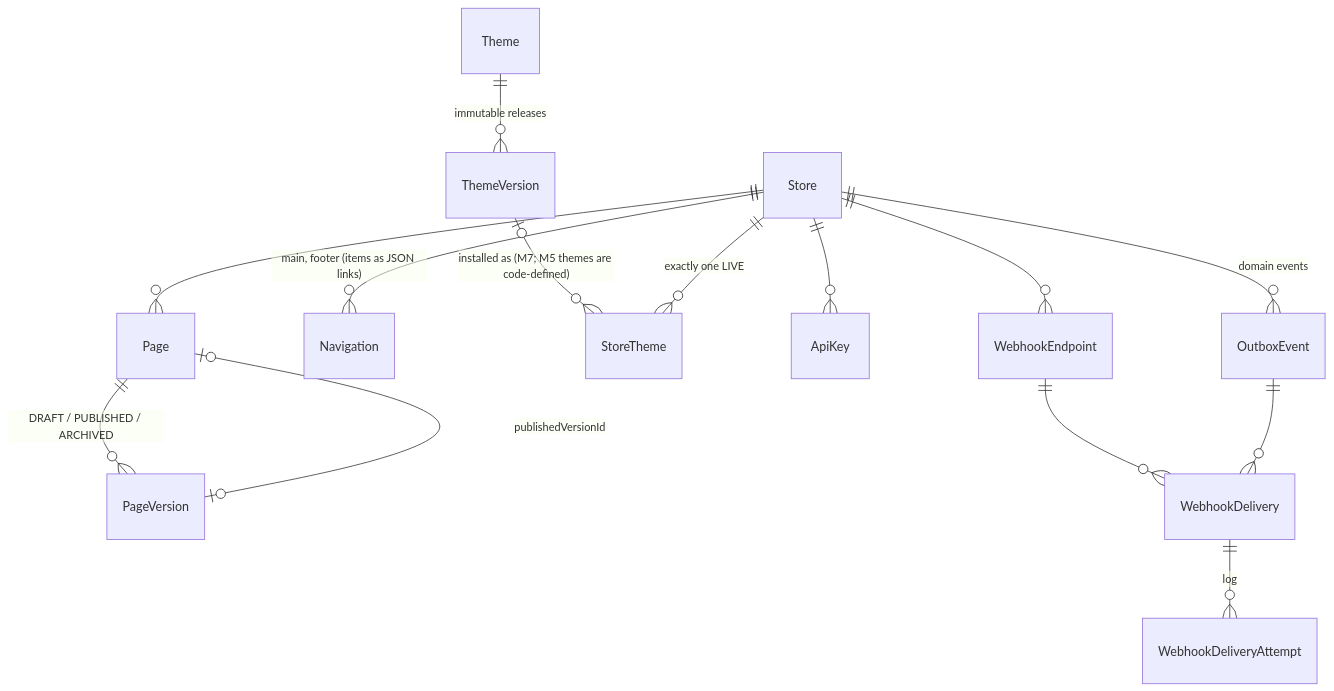
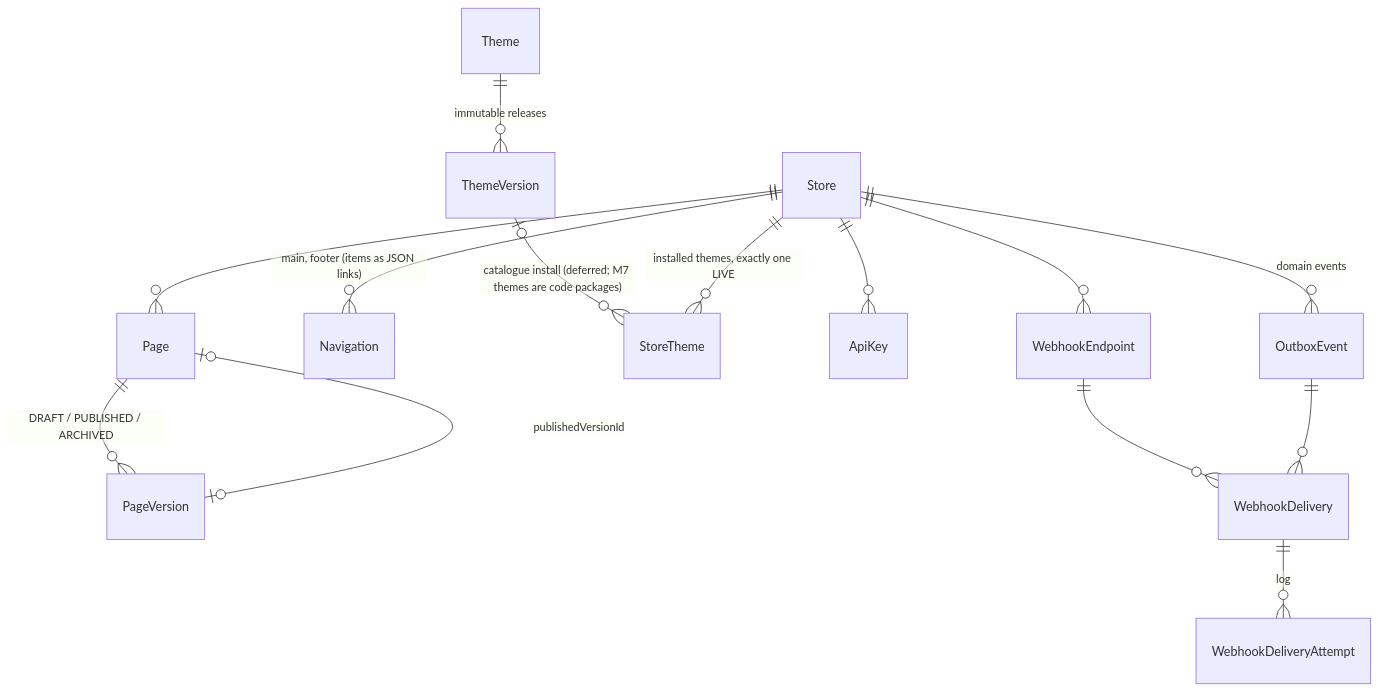
One commit to pixfortech/storevia changed the fifth of 5 diagrams in docs/database/erd.md. Above: the diagram before and after it, drawn with Mermaid. The commit also changed other lines of this file and 29 other files, not shown here.

First line of the commit message:
feat(themes): first-party theme packages, Boutique, install/preview/publish/switch

````diff
--- a/docs/database/erd.md
+++ b/docs/database/erd.md
@@ -189,16 +189,16 @@
 ```mermaid
 erDiagram
   Store ||--o{ Page : ""
   Page ||--o{ PageVersion : "DRAFT / PUBLISHED / ARCHIVED"
   Page |o--o| PageVersion : "publishedVersionId"
   Store ||--o{ Navigation : "main, footer (items as JSON links)"
   Theme ||--o{ ThemeVersion : "immutable releases"
-  ThemeVersion |o--o{ StoreTheme : "installed as (M7; M5 themes are code-defined)"
-  Store ||--o{ StoreTheme : "exactly one LIVE"
+  ThemeVersion |o--o{ StoreTheme : "catalogue install (deferred; M7 themes are code packages)"
+  Store ||--o{ StoreTheme : "installed themes, exactly one LIVE"
   Store ||--o{ ApiKey : ""
   Store ||--o{ WebhookEndpoint : ""
   Store ||--o{ OutboxEvent : "domain events"
   WebhookEndpoint ||--o{ WebhookDelivery : ""
   OutboxEvent ||--o{ WebhookDelivery : ""
   WebhookDelivery ||--o{ WebhookDeliveryAttempt : "log"
 ```
````
